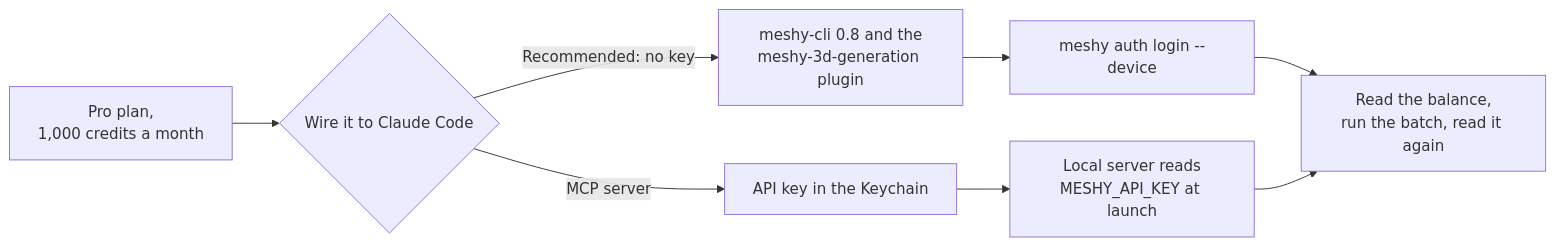
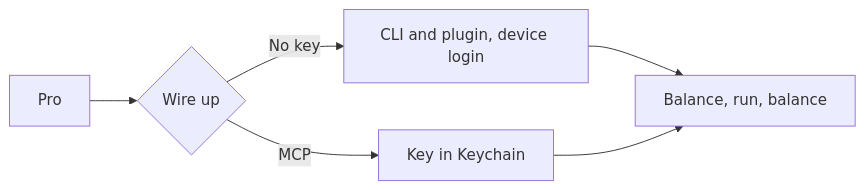
One commit to SoulCraft-Org/compute-crafter changed the diagram in guides/meshy.md. Above: the diagram before and after it, drawn with Mermaid. The commit also changed other lines of this file and 2 other files, not shown here.

````diff
--- a/guides/meshy.md
+++ b/guides/meshy.md
@@ -9,8 +9,6 @@
 ```mermaid
 flowchart LR
-  P[Pro plan,<br/>1,000 credits a month] --> W{Wire it to Claude Code}
-  W -->|Recommended: no key| C[meshy-cli 0.8 and the<br/>meshy-3d-generation plugin] --> L[meshy auth login --device]
-  W -->|MCP server| K[API key in the Keychain] --> M[Local server reads<br/>MESHY_API_KEY at launch]
-  L --> B[Read the balance,<br/>run the batch, read it again]
-  M --> B
+  P[Pro] --> W{Wire up}
+  W -->|No key| C[CLI and plugin, device login] --> B[Balance, run, balance]
+  W -->|MCP| K[Key in Keychain] --> B
 ```
````
